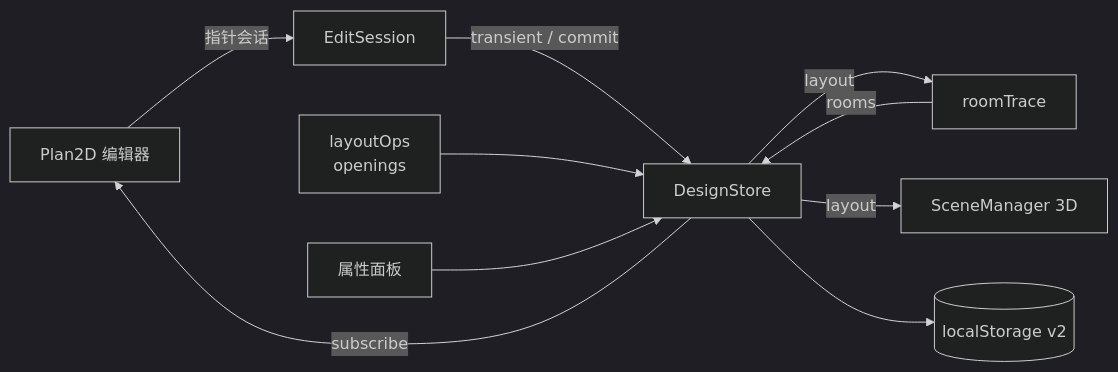
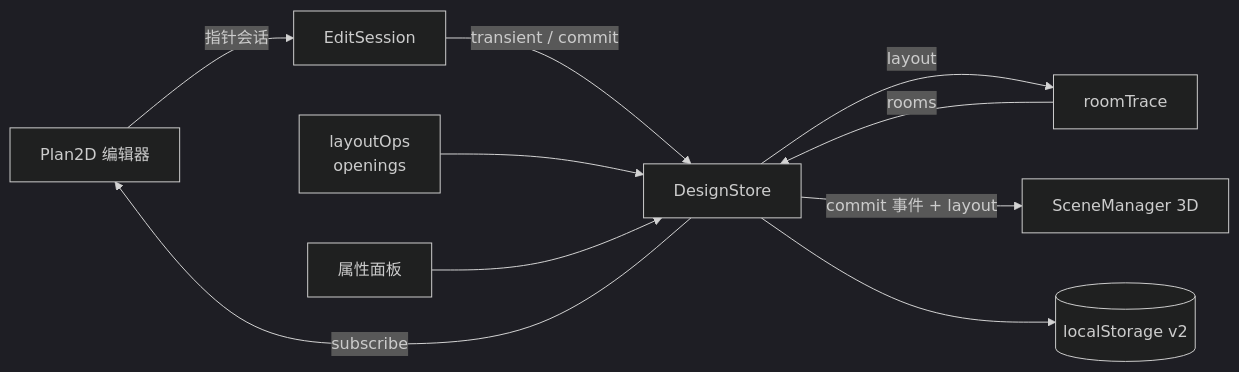
The diagram in docs/户型编辑器-技术方案.md (EndThemex/HomeRoom), drawn with Mermaid (dark theme) before and after one commit. The commit also changed other lines of this file and 17 other files, not shown here.

````diff
--- a/docs/户型编辑器-技术方案.md
+++ b/docs/户型编辑器-技术方案.md
@@ -43,12 +44,12 @@
 ```mermaid
 flowchart LR
   UI[Plan2D 编辑器] -->|指针会话| Session[EditSession]
   Session -->|transient / commit| Store[DesignStore]
   Ops[layoutOps<br/>openings] --> Store
   Store -->|layout| Trace[roomTrace]
   Trace -->|rooms| Store
   Store -->|subscribe| UI
-  Store -->|layout| Scene[SceneManager 3D]
+  Store -->|commit 事件 + layout| Scene[SceneManager 3D]
   Store --> LS[(localStorage v2)]
   Panel[属性面板] --> Store
 ```
````
